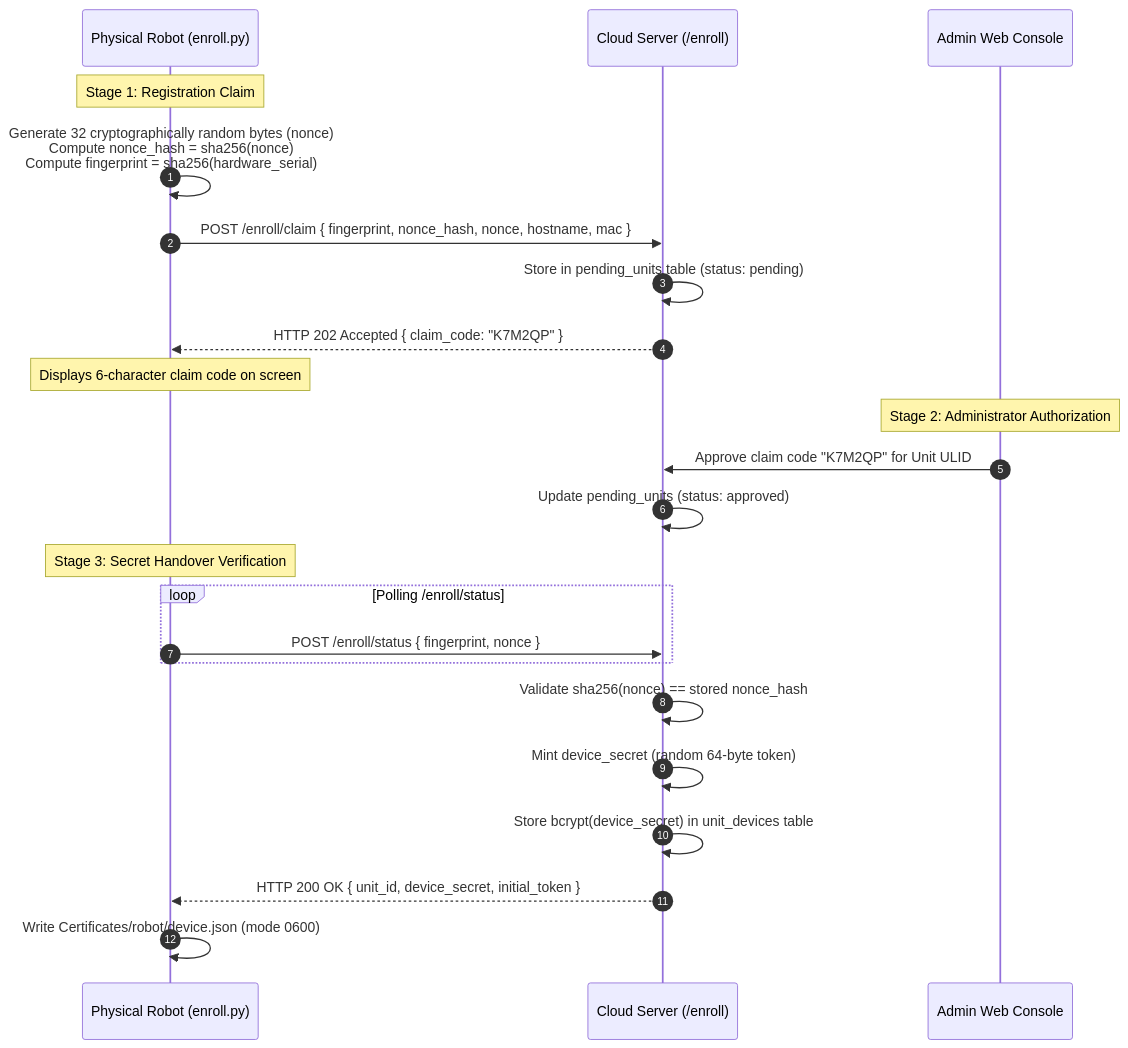
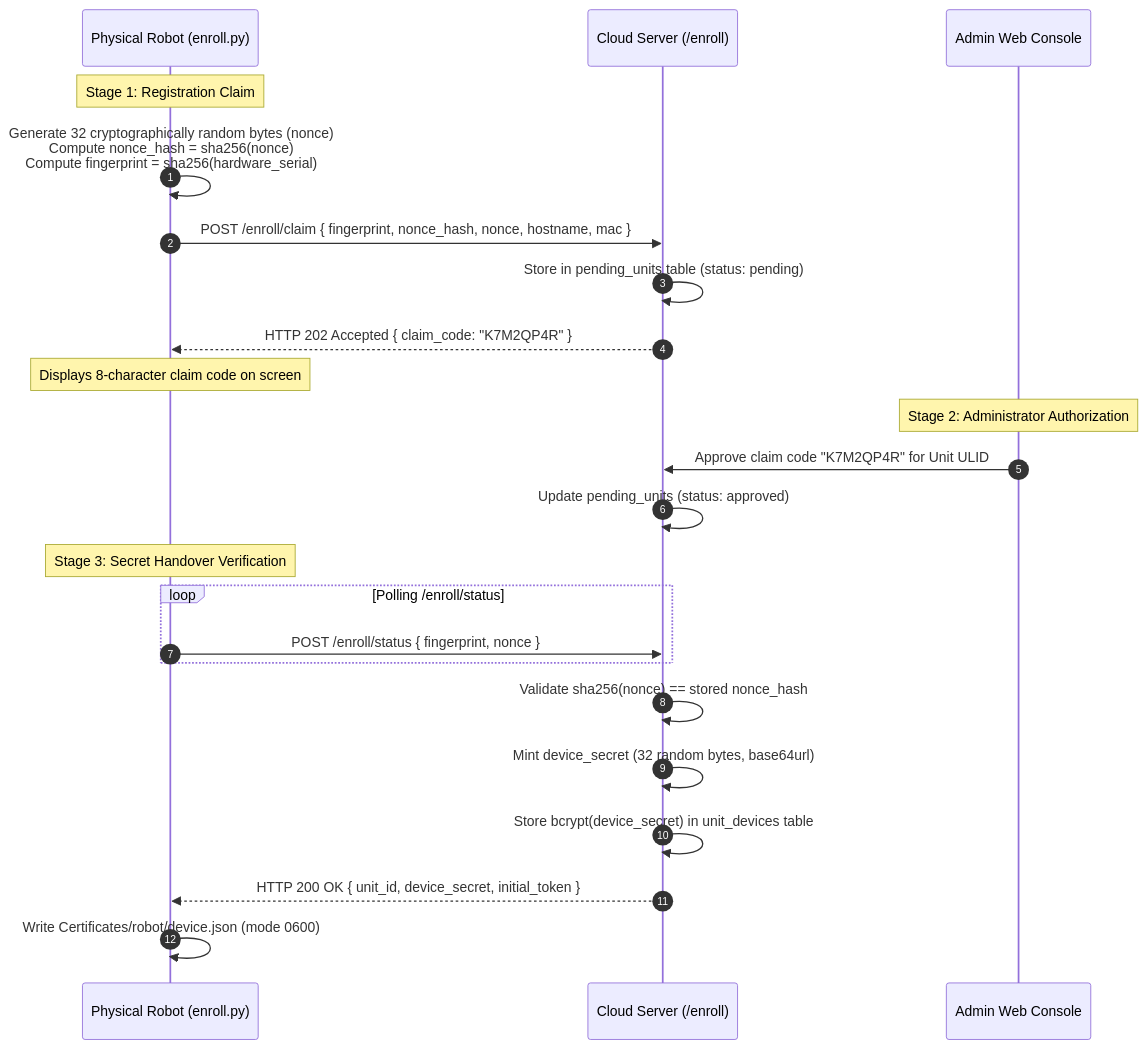
Before and after one commit to itbdelaboprogramming/msd700_documentation: the diagram in docs/development/webui/accounts/enrolment.md, drawn with Mermaid. The commit also changed 110 other files, not shown here.

````diff
--- a/docs/development/webui/accounts/enrolment.md
+++ b/docs/development/webui/accounts/enrolment.md
@@ -22,28 +22,28 @@
 ```mermaid
 sequenceDiagram
   autonumber
   participant Robot as Physical Robot (enroll.py)
   participant Backend as Cloud Server (/enroll)
   participant Admin as Admin Web Console
 
   Note over Robot: Stage 1: Registration Claim
   Robot->>Robot: Generate 32 cryptographically random bytes (nonce)<br/>Compute nonce_hash = sha256(nonce)<br/>Compute fingerprint = sha256(hardware_serial)
   Robot->>Backend: POST /enroll/claim { fingerprint, nonce_hash, nonce, hostname, mac }
   Backend->>Backend: Store in pending_units table (status: pending)
-  Backend-->>Robot: HTTP 202 Accepted { claim_code: "K7M2QP" }
-  Note over Robot: Displays 6-character claim code on screen
+  Backend-->>Robot: HTTP 202 Accepted { claim_code: "K7M2QP4R" }
+  Note over Robot: Displays 8-character claim code on screen
 
   Note over Admin: Stage 2: Administrator Authorization
-  Admin->>Backend: Approve claim code "K7M2QP" for Unit ULID
+  Admin->>Backend: Approve claim code "K7M2QP4R" for Unit ULID
   Backend->>Backend: Update pending_units (status: approved)
 
   Note over Robot: Stage 3: Secret Handover Verification
   loop Polling /enroll/status
     Robot->>Backend: POST /enroll/status { fingerprint, nonce }
   end
   Backend->>Backend: Validate sha256(nonce) == stored nonce_hash
-  Backend->>Backend: Mint device_secret (random 64-byte token)
+  Backend->>Backend: Mint device_secret (32 random bytes, base64url)
   Backend->>Backend: Store bcrypt(device_secret) in unit_devices table
   Backend-->>Robot: HTTP 200 OK { unit_id, device_secret, initial_token }
   Robot->>Robot: Write Certificates/robot/device.json (mode 0600)
 ```
````
